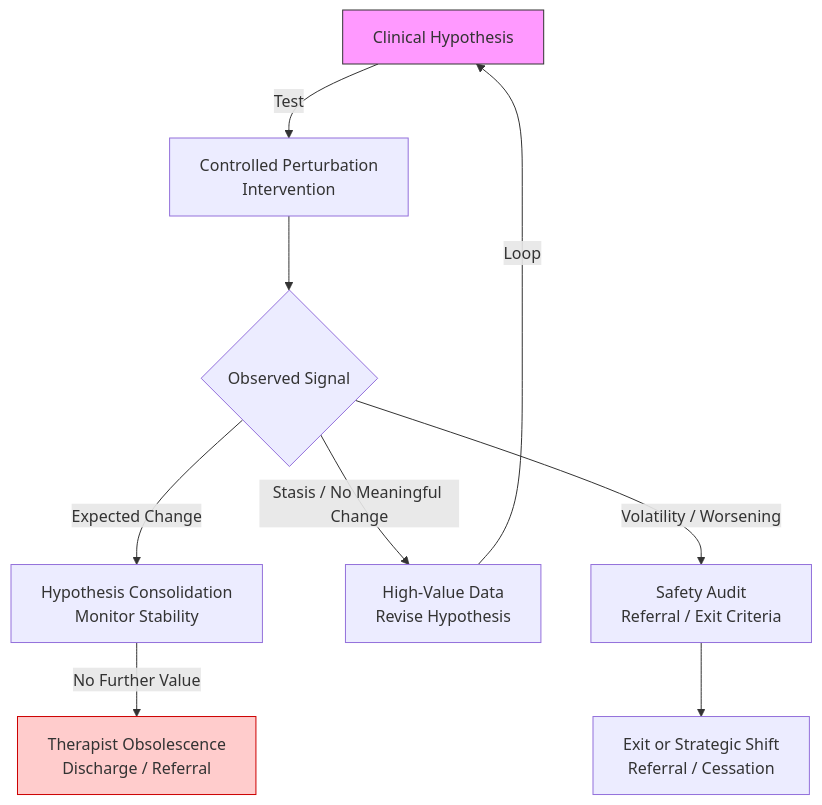
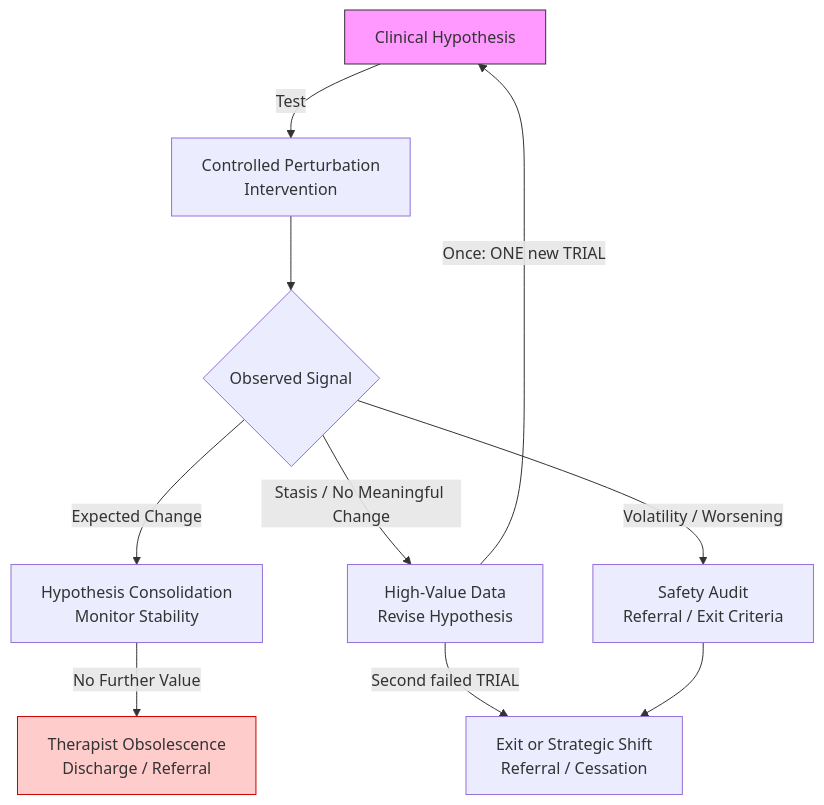
One commit to recoverytlv/physio-decision-models changed the diagram in README.md. Above: the diagram before and after it, drawn with Mermaid. The commit also changed other lines of this file and 86 other files, not shown here.

````diff
--- a/README.md
+++ b/README.md
@@ -187,13 +188,14 @@
 ```mermaid
 graph TD
     A[Clinical Hypothesis] -->|Test| B[Controlled Perturbation<br>Intervention]
     B --> C{Observed Signal}
     C -->|Expected Change| D[Hypothesis Consolidation<br>Monitor Stability]
     C -->|Stasis / No Meaningful Change| E[High-Value Data<br>Revise Hypothesis]
     C -->|Volatility / Worsening| F[Safety Audit<br>Referral / Exit Criteria]
-    E -->|Loop| A
+    E -->|Once: ONE new TRIAL| A
+    E -->|Second failed TRIAL| G
     D -->|No Further Value| H[Therapist Obsolescence<br>Discharge / Referral]
     F --> G[Exit or Strategic Shift<br>Referral / Cessation]
     style A fill:#f9f,stroke:#333
     style H fill:#ffcccc,stroke:#c00
 ```
````
